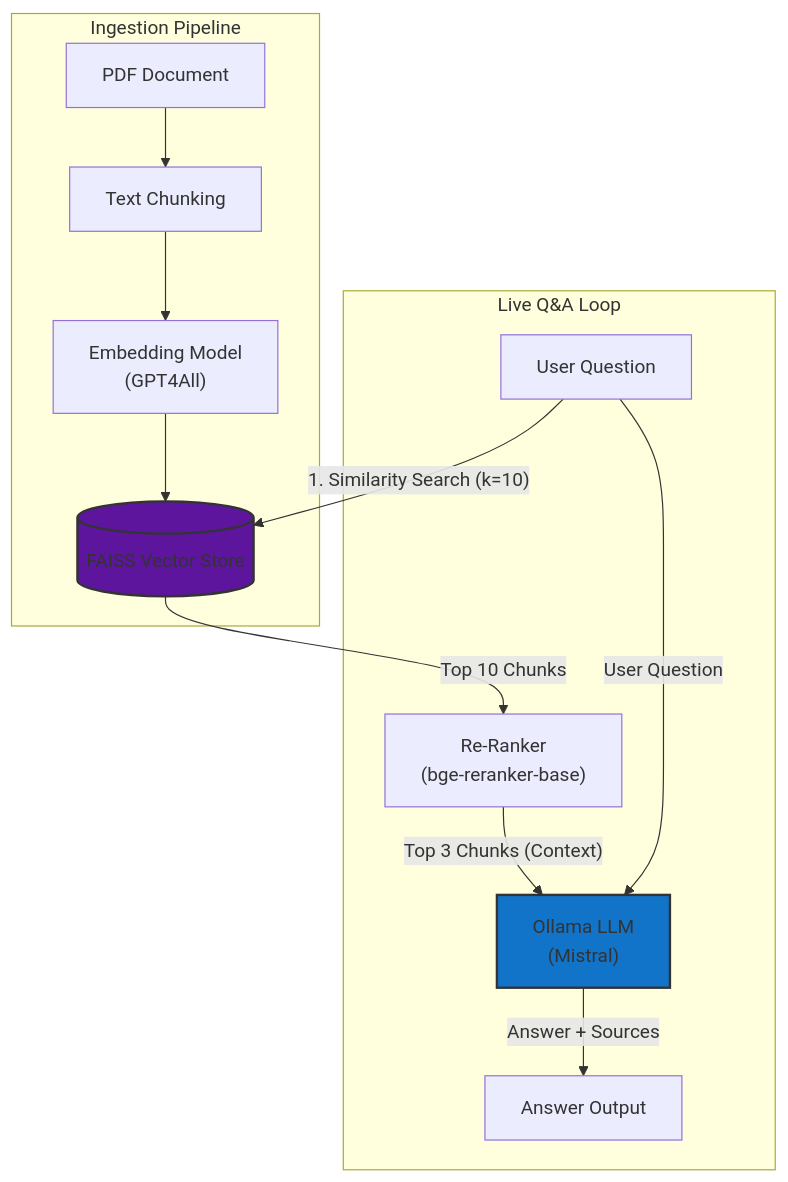
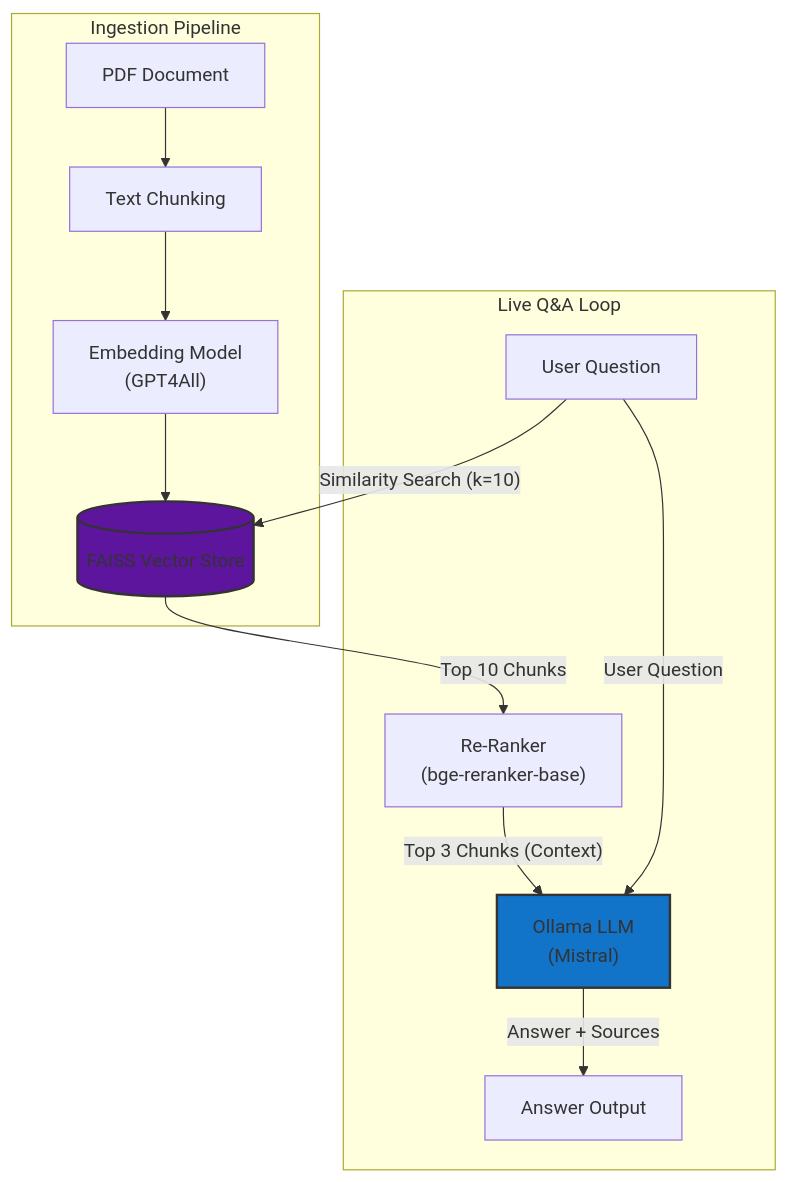
The diagram in README.md (Aravind-Sathesh/PaperSense), drawn with Mermaid before and after one commit.

Commit message:
docs: add quantitative performance results to README

````diff
--- a/README.md
+++ b/README.md
@@ -21,19 +21,19 @@
 ```mermaid
 graph TD
     subgraph "Ingestion Pipeline"
         A[PDF Document] --> B[Text Chunking];
         B --> C["Embedding Model <br> (GPT4All)"];
         C --> D[(FAISS Vector Store)];
     end
 
     subgraph "Live Q&A Loop"
-        E[User Question] -->|"1. Similarity Search (k=10)"| D;
+        E[User Question] -->|"Similarity Search (k=10)"| D;
         D -->|"Top 10 Chunks"| F["Re-Ranker <br> (bge-reranker-base)"];
         F -->|"Top 3 Chunks (Context)"| G["Ollama LLM <br> (Mistral)"];
         E -->|"User Question"| G;
         G -->|"Answer + Sources"| H[Answer Output];
     end
 
     style D fill:#5e159e,stroke:#333,stroke-width:2px
     style G fill:#1274c9,stroke:#333,stroke-width:2px
 ```
````
